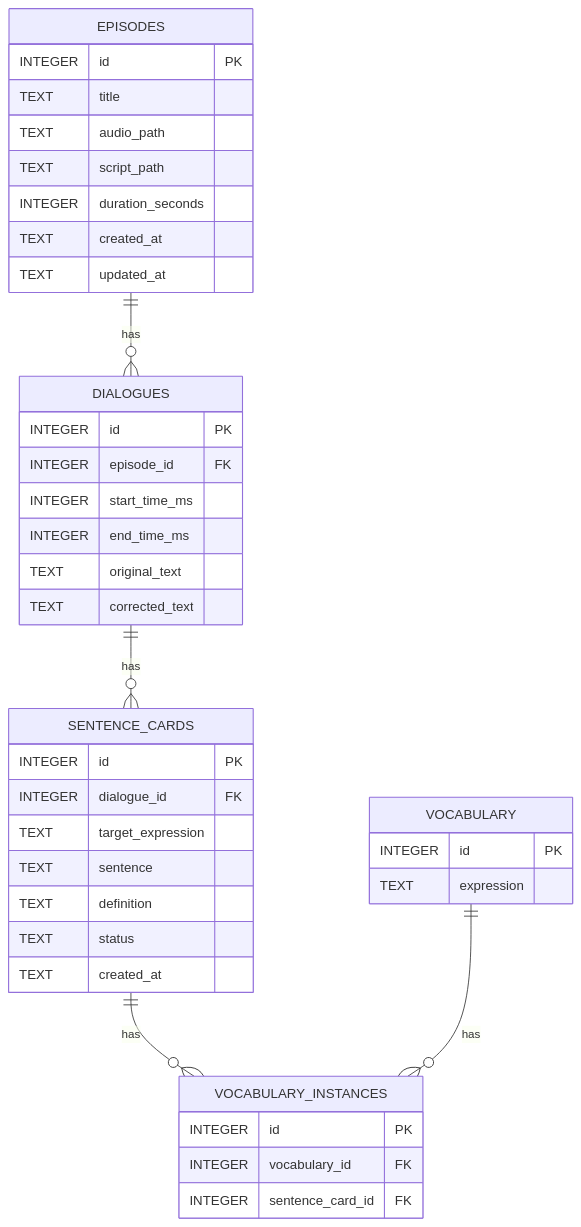
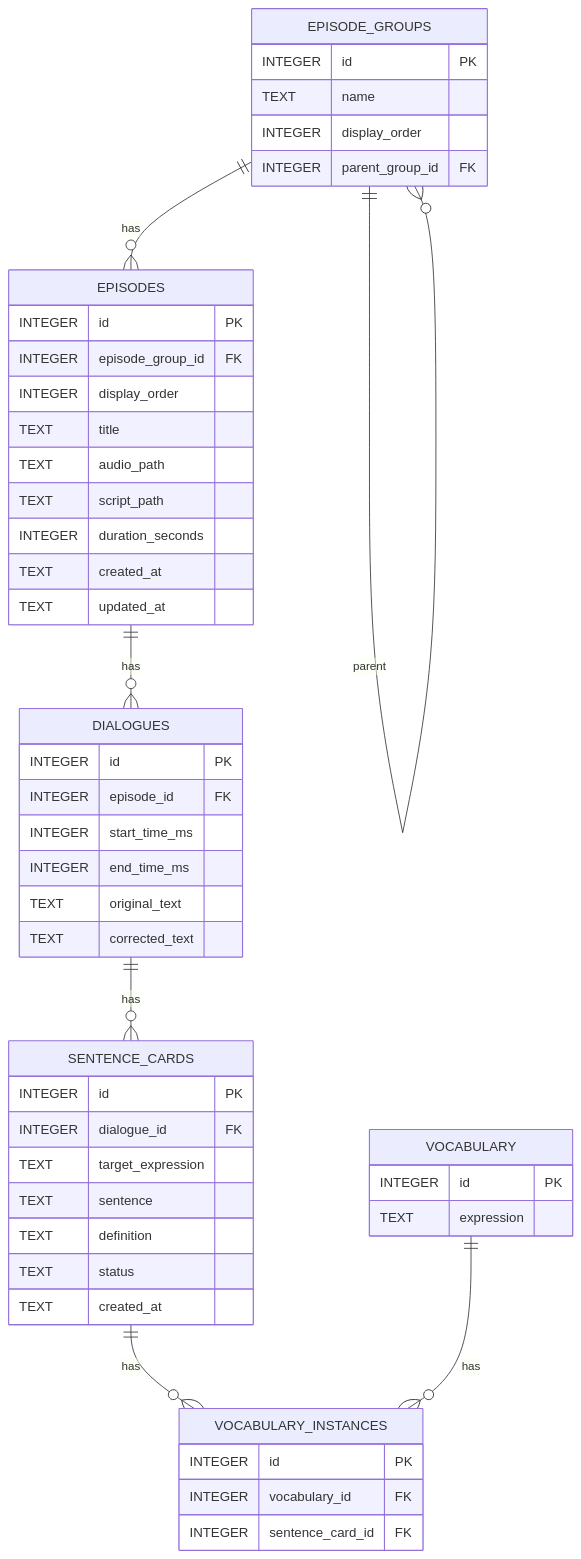
One commit to k5n/kotonoha changed the diagram in technical_specifications.md. Above: the diagram before and after it, drawn with Mermaid. The commit also changed other lines of this file and 1 other file, not shown here.

Commit message:
Add episode grouping and display order management features

````diff
--- a/technical_specifications.md
+++ b/technical_specifications.md
@@ -62,43 +62,53 @@
 ```mermaid
 erDiagram
+    EPISODE_GROUPS {
+        INTEGER id PK
+        TEXT name
+        INTEGER display_order
+        INTEGER parent_group_id FK
+    }
     EPISODES {
         INTEGER id PK
+        INTEGER episode_group_id FK
+        INTEGER display_order
         TEXT title
         TEXT audio_path
         TEXT script_path
         INTEGER duration_seconds
         TEXT created_at
         TEXT updated_at
     }
     DIALOGUES {
         INTEGER id PK
         INTEGER episode_id FK
         INTEGER start_time_ms
         INTEGER end_time_ms
         TEXT original_text
         TEXT corrected_text
     }
     SENTENCE_CARDS {
         INTEGER id PK
         INTEGER dialogue_id FK
         TEXT target_expression
         TEXT sentence
         TEXT definition
         TEXT status
         TEXT created_at
     }
     VOCABULARY {
         INTEGER id PK
         TEXT expression
     }
     VOCABULARY_INSTANCES {
         INTEGER id PK
         INTEGER vocabulary_id FK
         INTEGER sentence_card_id FK
     }
 
+    EPISODE_GROUPS ||--o{ EPISODE_GROUPS : "parent"
+    EPISODE_GROUPS ||--o{ EPISODES : "has"
     EPISODES ||--o{ DIALOGUES : "has"
     DIALOGUES ||--o{ SENTENCE_CARDS : "has"
     SENTENCE_CARDS ||--o{ VOCABULARY_INSTANCES : "has"
     VOCABULARY ||--o{ VOCABULARY_INSTANCES : "has"
 ```
````
